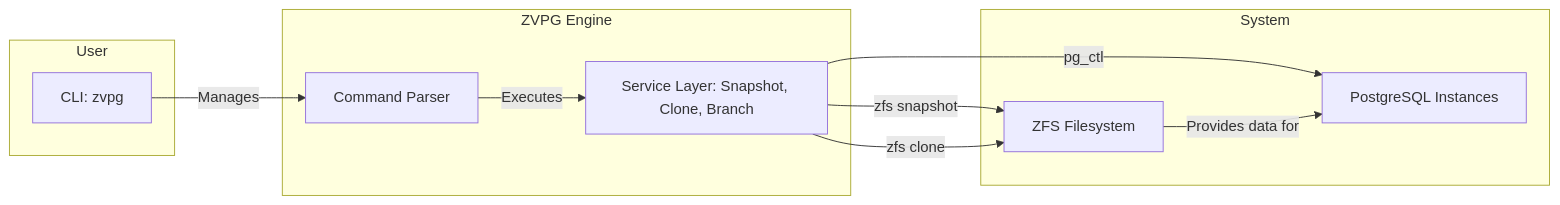
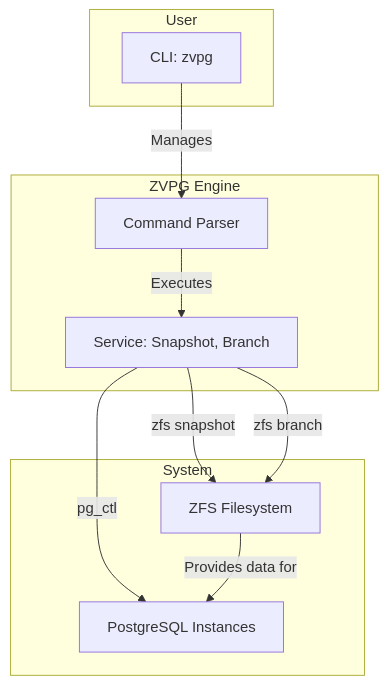
One commit to LemonHX/ZVPG changed the diagram in README.md. Above: the diagram before and after it, drawn with Mermaid. The commit also changed other lines of this file and 9 other files, not shown here.

First line of the commit message:
chore: branch and clone management commands; remove clone helper and related functionality

````diff
--- a/README.md
+++ b/README.md
@@ -33,24 +32,24 @@
 ```mermaid
-graph LR
+graph TD
     subgraph User
         A[CLI: zvpg]
     end
 
     subgraph ZVPG Engine
         B[Command Parser]
-        C[Service Layer: Snapshot, Clone, Branch]
+        C[Service: Snapshot, Branch]
     end
 
     subgraph System
         D[ZFS Filesystem]
         E[PostgreSQL Instances]
     end
 
     A -- Manages --> B
     B -- Executes --> C
     C -- zfs snapshot --> D
-    C -- zfs clone --> D
+    C -- zfs branch --> D
     C -- pg_ctl --> E
 
     D -- Provides data for --> E
 ```
````
